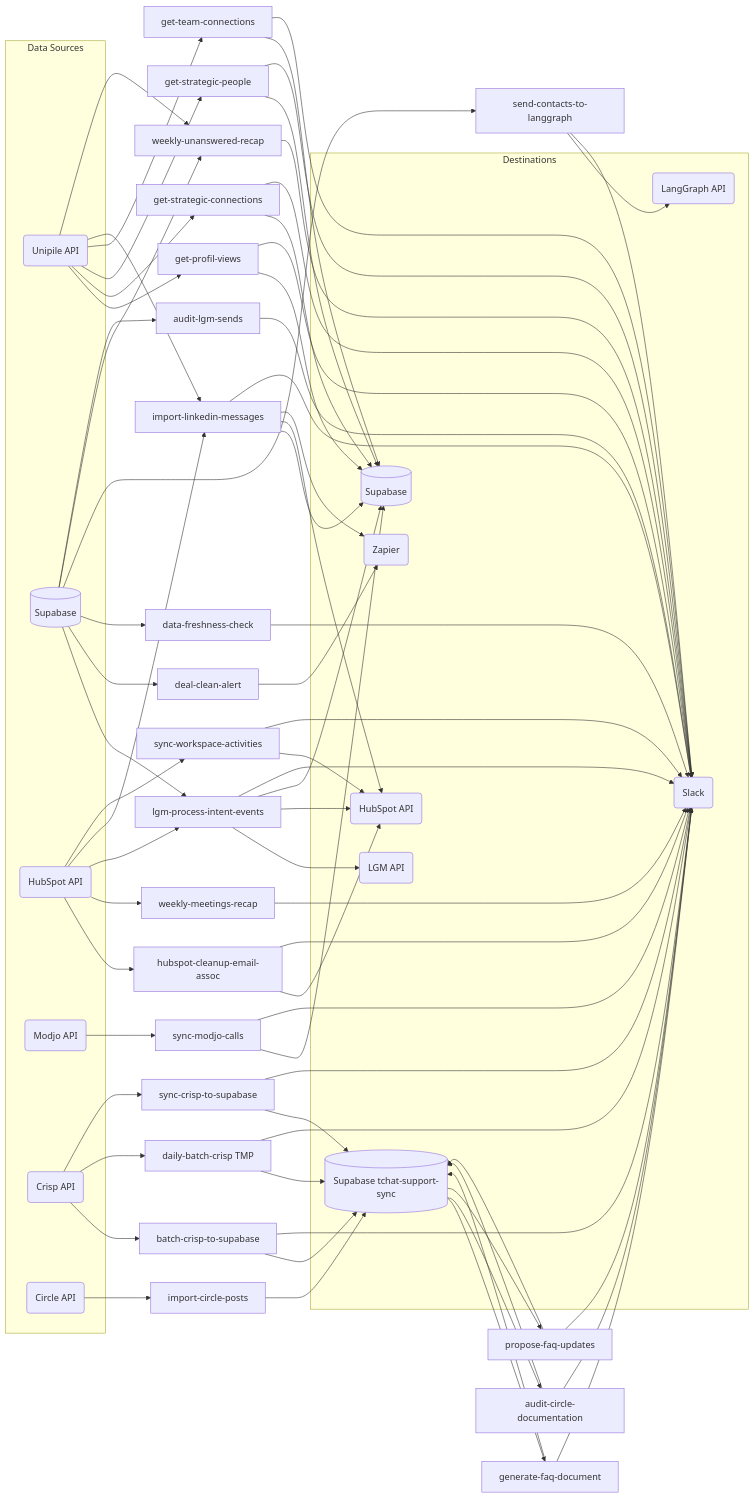
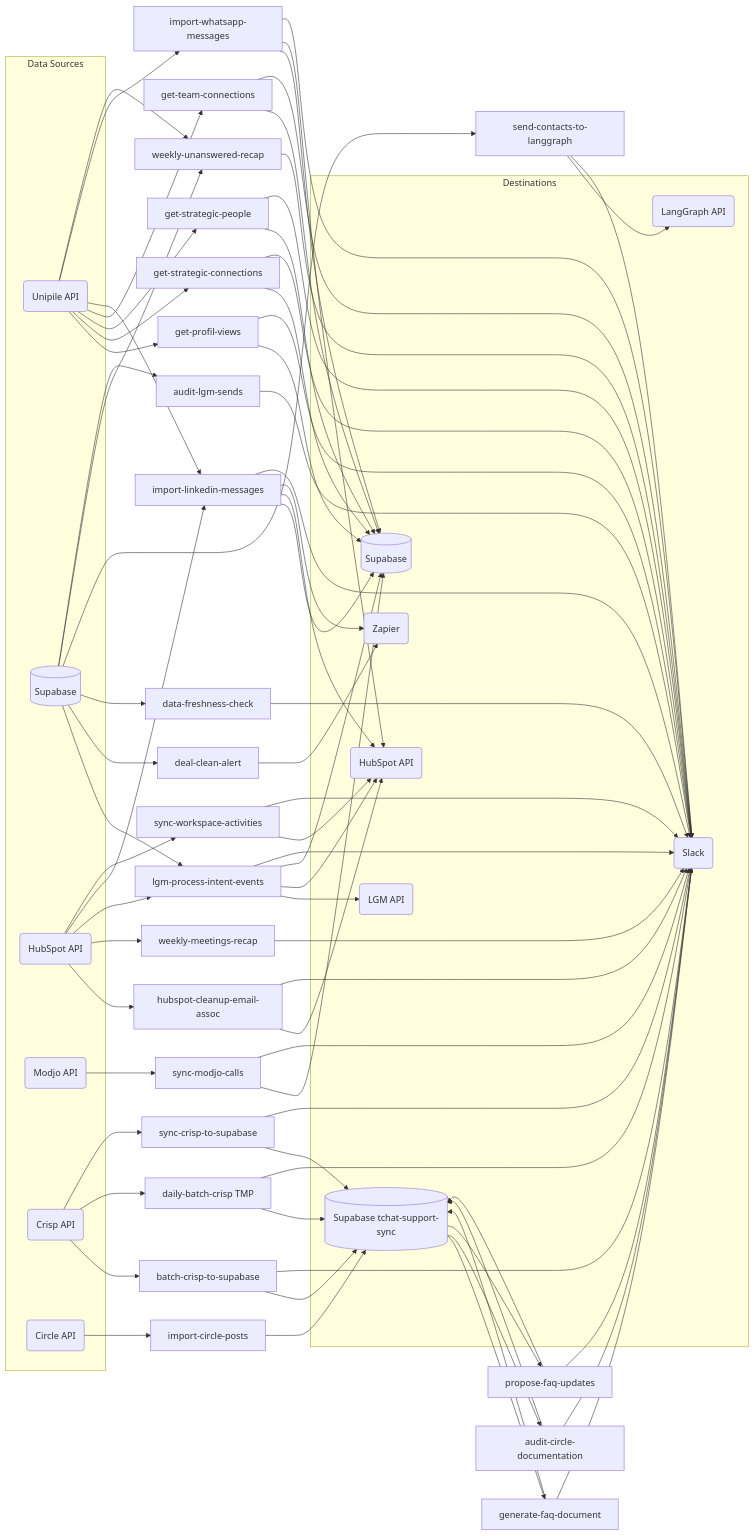
The first of 25 diagrams in CLAUDE.md (AirSaas/linkedin-scrapp), drawn with Mermaid before and after one commit. The commit also changed other lines of this file and 1 other file, not shown here.

First line of the commit message:
Add WhatsApp message import via Unipile with HubSpot phone matching (#87)

````diff
--- a/CLAUDE.md
+++ b/CLAUDE.md
@@ -61,57 +62,58 @@
 ```mermaid
 flowchart LR
     subgraph src ["Data Sources"]
         UN(Unipile API)
         SB[(Supabase)]
         HS_I(HubSpot API)
         MJ(Modjo API)
         CR(Crisp API)
         CI(Circle API)
     end
 
     subgraph dst ["Destinations"]
         LGM_O(LGM API)
         HS_O(HubSpot API)
         SB_O[(Supabase)]
         SB_CR[(Supabase tchat-support-sync)]
         SL(Slack)
         ZP(Zapier)
         LG(LangGraph API)
     end
 
-    UN --> GPV[get-profil-views] & GSC[get-strategic-connections] & GSP[get-strategic-people] & GTC[get-team-connections] & ILM[import-linkedin-messages]
+    UN --> GPV[get-profil-views] & GSC[get-strategic-connections] & GSP[get-strategic-people] & GTC[get-team-connections] & ILM[import-linkedin-messages] & IWM[import-whatsapp-messages]
     SB --> LPI[lgm-process-intent-events] & DCA[deal-clean-alert] & DFC[data-freshness-check] & SCL[send-contacts-to-langgraph]
     HS_I --> HCE[hubspot-cleanup-email-assoc] & WMR[weekly-meetings-recap] & LPI & ILM & SWA[sync-workspace-activities]
     MJ --> SMC[sync-modjo-calls]
     CR --> BCS[batch-crisp-to-supabase] & DBCS[daily-batch-crisp TMP] & SCS[sync-crisp-to-supabase]
     SB --> WUR[weekly-unanswered-recap]
     UN --> WUR
 
     GPV --> SB_O & SL
     GSC --> SB_O & SL
     GSP --> SB_O & SL
     GTC --> SB_O & SL
     LPI --> LGM_O & HS_O & SB_O & SL
     SB --> ALS[audit-lgm-sends]
     ALS --> SL
     HCE --> HS_O & SL
     SWA --> HS_O & SL
     ILM --> SB_O & HS_O & ZP & SL
+    IWM --> SB_O & HS_O & SL
     WMR --> SL
     DCA --> ZP
     DFC --> SL
     SMC --> SB_O & SL
     SCL --> LG & SL
     BCS --> SB_CR & SL
     DBCS --> SB_CR & SL
     SCS --> SB_CR & SL
     CI --> ICP[import-circle-posts]
     ICP --> SB_CR
     SB_CR --> GFD[generate-faq-document]
     GFD --> SB_CR & SL
     SB_CR --> ACD[audit-circle-documentation]
     ACD --> SB_CR & SL
     SB_CR --> PFU[propose-faq-updates]
     PFU --> SB_CR & SL
     WUR --> SL
 ```
````
